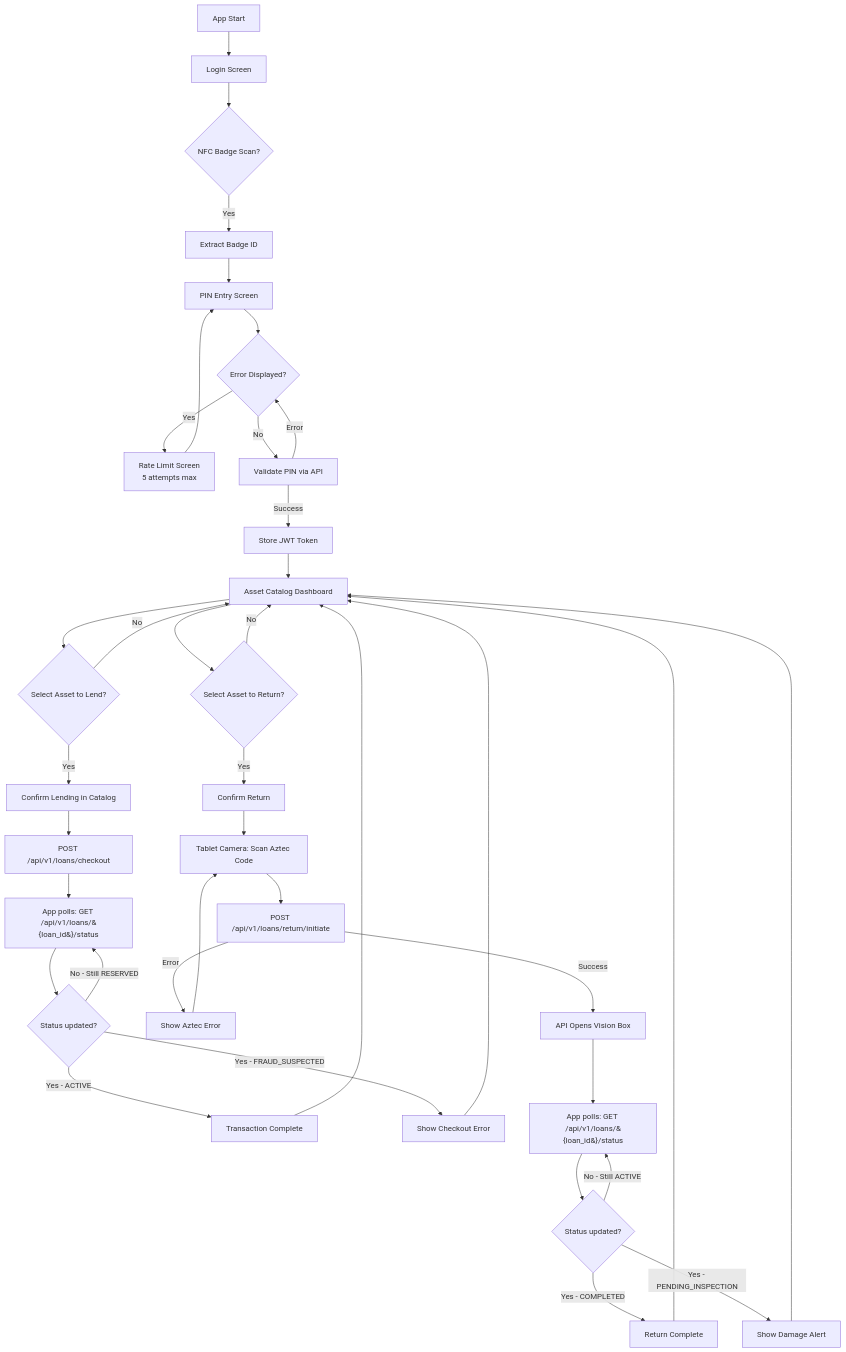
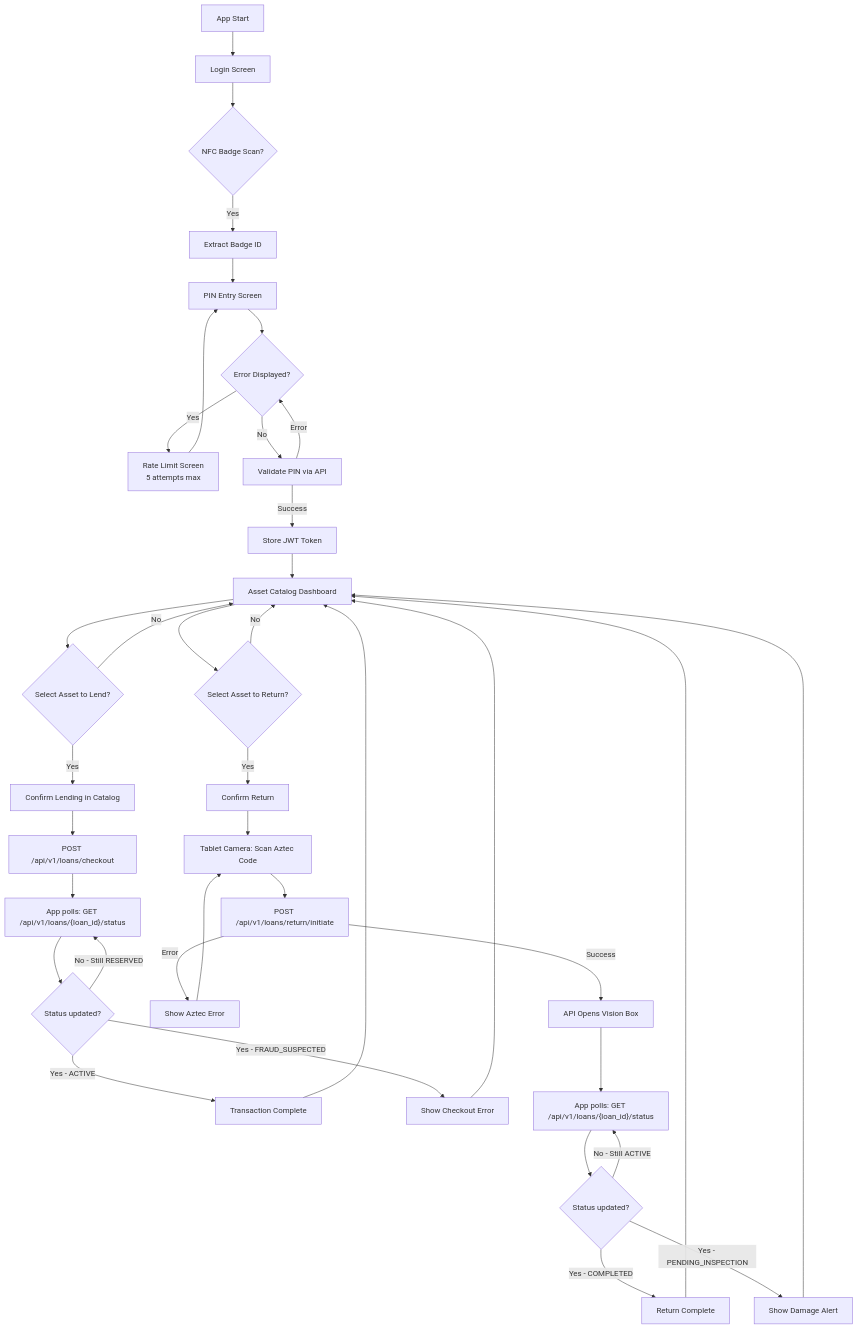
One commit to easylend-practice-enterprise/easylend changed the diagram in kiosk-app/mermaid-flowchart.md. Above: the diagram before and after it, drawn with Mermaid. The commit also changed 1 other file, not shown here.

Commit message:
docs: explicit 15m lockout interval and clean mermaid string quotes

````diff
--- a/kiosk-app/mermaid-flowchart.md
+++ b/kiosk-app/mermaid-flowchart.md
@@ -3,58 +3,58 @@
 ```mermaid
 flowchart TD
     Start[App Start] --> Login[Login Screen]
 
     Login --> NFC{NFC Badge Scan?}
     NFC -->|Yes| BadgeID[Extract Badge ID]
     BadgeID --> PIN[PIN Entry Screen]
 
     PIN --> ShowError{Error Displayed?}
     ShowError -->|Yes| RateLimit[Rate Limit Screen<br/>5 attempts max]
     ShowError -->|No| Validate[Validate PIN via API]
 
     Validate -->|Success| AuthSuccess[Store JWT Token]
     Validate -->|Error| ShowError
 
     RateLimit --> PIN
 
     AuthSuccess --> Dashboard[Asset Catalog Dashboard]
 
     %% CHECKOUT FLOW (Uitlenen via REST Polling)
     Dashboard --> SelectAsset{Select Asset to Lend?}
     SelectAsset -->|Yes| ConfirmLend[Confirm Lending in Catalog]
     SelectAsset -->|No| Dashboard
 
     ConfirmLend --> APIOpenBox[POST /api/v1/loans/checkout]
-    APIOpenBox --> PollCheckout[App polls: GET /api/v1/loans/&#123;loan_id&#125;/status]
+    APIOpenBox --> PollCheckout["App polls: GET /api/v1/loans/{loan_id}/status"]
     
     PollCheckout --> CheckoutStatus{Status updated?}
     CheckoutStatus -->|No - Still RESERVED| PollCheckout
     CheckoutStatus -->|Yes - ACTIVE| LendSuccess[Transaction Complete]
     CheckoutStatus -->|Yes - FRAUD_SUSPECTED| CheckoutError[Show Checkout Error]
     
     CheckoutError --> Dashboard
     LendSuccess --> Dashboard
 
     %% RETURN FLOW (Inleveren met Tablet Camera via REST Polling)
     Dashboard --> SelectReturn{Select Asset to Return?}
     SelectReturn -->|Yes| ConfirmReturn[Confirm Return]
     SelectReturn -->|No| Dashboard
 
     ConfirmReturn --> ScanAztecReturn[Tablet Camera: Scan Aztec Code]
     ScanAztecReturn --> ValidateAztecReturn[POST /api/v1/loans/return/initiate]
     
     ValidateAztecReturn -->|Error| ShowAztecErrorReturn[Show Aztec Error]
     ShowAztecErrorReturn --> ScanAztecReturn
 
     ValidateAztecReturn -->|Success| ReturnOpenBox[API Opens Vision Box]
-    ReturnOpenBox --> PollReturn[App polls: GET /api/v1/loans/&#123;loan_id&#125;/status]
+    ReturnOpenBox --> PollReturn["App polls: GET /api/v1/loans/{loan_id}/status"]
 
     PollReturn --> ReturnStatus{Status updated?}
     ReturnStatus -->|No - Still ACTIVE| PollReturn
     ReturnStatus -->|Yes - COMPLETED| ReturnSuccess[Return Complete]
     ReturnStatus -->|Yes - PENDING_INSPECTION| ReturnQuarantine[Show Damage Alert]
 
     ReturnQuarantine --> Dashboard
     ReturnSuccess --> Dashboard
 
 ```
````
